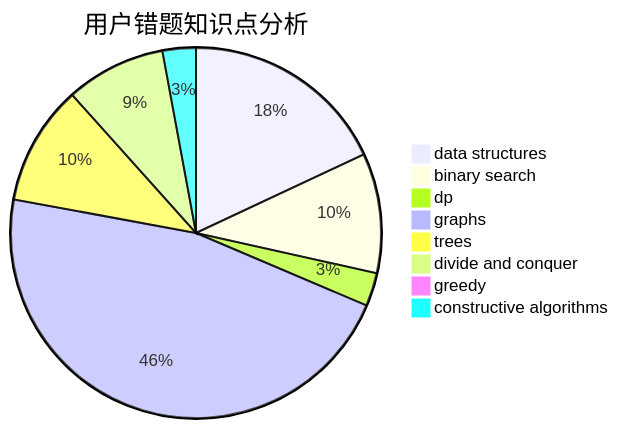
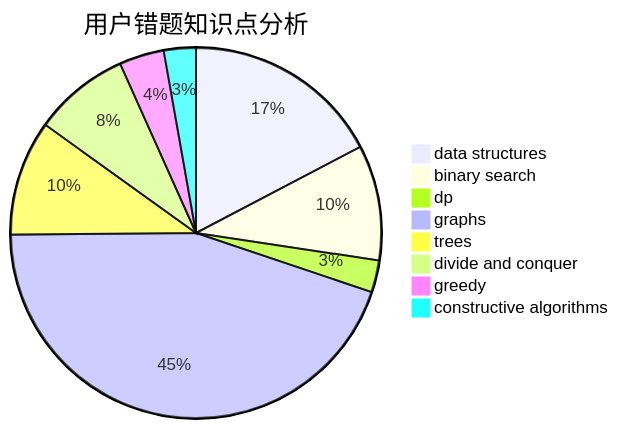
Before and after one commit to sherpahu/cfrs.github.io: the third of 3 diagrams in docs/user/u1169.md, drawn with Mermaid. The commit also changed other lines of this file and 2770 other files, not shown here.

````diff
--- a/docs/user/u1169.md
+++ b/docs/user/u1169.md
@@ -36,11 +36,11 @@
 ```mermaid
 pie title 用户错题知识点分析
     "data structures" :  31
     "binary search" :  18
     "dp" :  5
     "graphs" :  80
     "trees" :  18
     "divide and conquer" :  15
-    "greedy" :  1
+    "greedy" :  7
     "constructive algorithms" :  5
 ```
````
